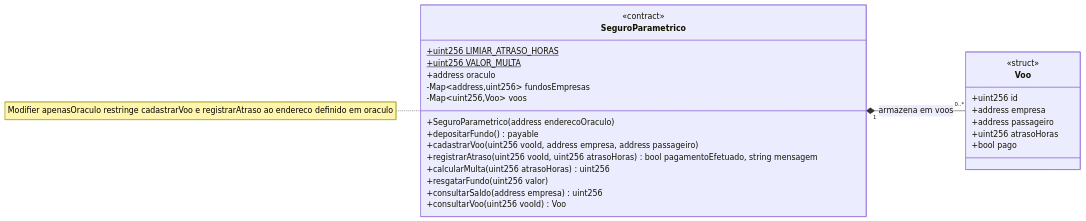
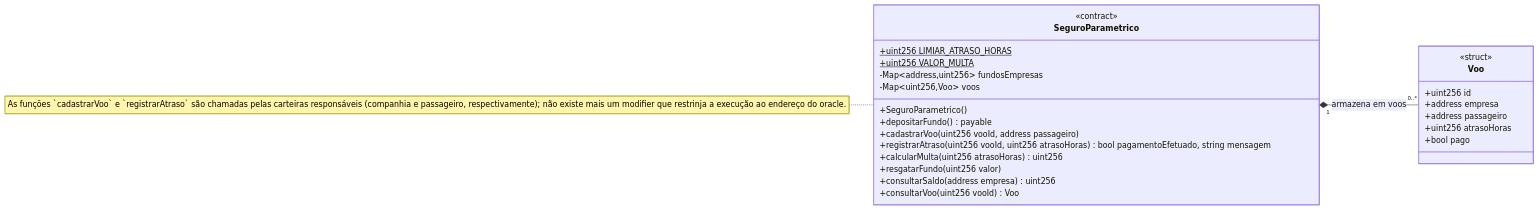
Before and after one commit to Joaogomesbrandao/AcordoInstant: the diagram in docs/diagrama-classes.md, drawn with Mermaid. The commit also changed other lines of this file and 4 other files, not shown here.

Commit message:
feat: update architecture and smart-contract

````diff
--- a/docs/diagrama-classes.md
+++ b/docs/diagrama-classes.md
@@ -14,34 +15,33 @@
 ```mermaid
 classDiagram
     direction LR
 
     class SeguroParametrico {
         <<contract>>
         +uint256 LIMIAR_ATRASO_HORAS$
         +uint256 VALOR_MULTA$
-        +address oraculo
         -Map~address,uint256~ fundosEmpresas
         -Map~uint256,Voo~ voos
-        +SeguroParametrico(address enderecoOraculo)
+        +SeguroParametrico()
         +depositarFundo() payable
-        +cadastrarVoo(uint256 vooId, address empresa, address passageiro)
+        +cadastrarVoo(uint256 vooId, address passageiro)
         +registrarAtraso(uint256 vooId, uint256 atrasoHoras) bool pagamentoEfetuado, string mensagem
         +calcularMulta(uint256 atrasoHoras) uint256
         +resgatarFundo(uint256 valor)
         +consultarSaldo(address empresa) uint256
         +consultarVoo(uint256 vooId) Voo
     }
 
     class Voo {
         <<struct>>
         +uint256 id
         +address empresa
         +address passageiro
         +uint256 atrasoHoras
         +bool pago
     }
 
     SeguroParametrico "1" *-- "0..*" Voo : armazena em voos
 
-    note for SeguroParametrico "Modifier apenasOraculo restringe cadastrarVoo e registrarAtraso ao endereco definido em oraculo"
+    note for SeguroParametrico "As funções `cadastrarVoo` e `registrarAtraso` são chamadas pelas carteiras responsáveis (companhia e passageiro, respectivamente); não existe mais um modifier que restrinja a execução ao endereço do oracle."
 ```
````
